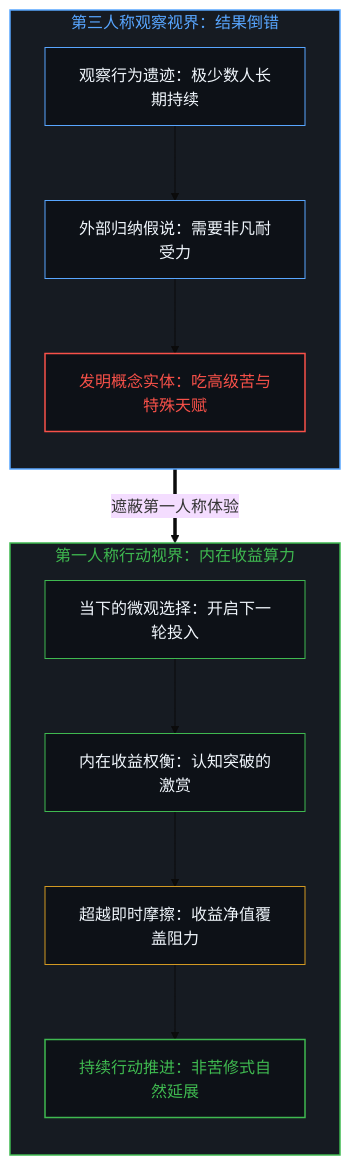
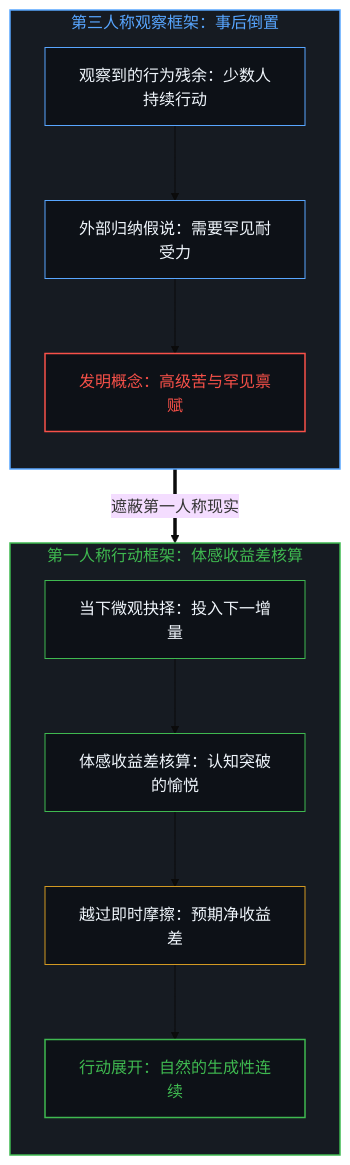
One commit to powerpig99/not-a-toe changed the first of 4 diagrams in content/posts/the-causal-overstep-of-observation-and-the-first-person-surplus.md. Above: the diagram before and after it, drawn with Mermaid (base theme). The commit also changed other lines of this file and 5 other files, not shown here.

````diff
--- a/content/posts/the-causal-overstep-of-observation-and-the-first-person-surplus.md
+++ b/content/posts/the-causal-overstep-of-observation-and-the-first-person-surplus.md
@@ -27,26 +27,24 @@
 ```mermaid
 graph TD
-    subgraph S_ThirdPerson ["第三人称观察视界：结果倒错"]
+    subgraph S_ThirdPerson ["第三人称观察框架：事后倒置"]
         direction TB
         style S_ThirdPerson fill:#161b22,stroke:#58a6ff,stroke-width:1.5px,color:#58a6ff
-        A1["观察行为遗迹：极少数人长期持续"] --> A2["外部归纳假说：需要非凡耐受力"]
-        A2 --> A3["发明概念实体：吃高级苦与特殊天赋"]
+        A1["观察到的行为残余：少数人持续行动"] --> A2["外部归纳假说：需要罕见耐受力"]
+        A2 --> A3["发明概念：高级苦与罕见禀赋"]
         style A1 fill:#0d1117,stroke:#58a6ff,stroke-width:1px,color:#f0f6fc
         style A2 fill:#0d1117,stroke:#58a6ff,stroke-width:1px,color:#f0f6fc
         style A3 fill:#0d1117,stroke:#f85149,stroke-width:1.5px,color:#f85149
     end
-
-    A3 ==>|"遮蔽第一人称体验"| B1
-
-    subgraph S_FirstPerson ["第一人称行动视界：内在收益算力"]
+    A3 ==>|"遮蔽第一人称现实"| B1
+    subgraph S_FirstPerson ["第一人称行动框架：体感收益差核算"]
         direction TB
         style S_FirstPerson fill:#161b22,stroke:#3fb950,stroke-width:1.5px,color:#3fb950
-        B1["当下的微观选择：开启下一轮投入"] --> B2["内在收益权衡：认知突破的激赏"]
-        B2 --> B3["超越即时摩擦：收益净值覆盖阻力"]
-        B3 --> B4["持续行动推进：非苦修式自然延展"]
+        B1["当下微观抉择：投入下一增量"] --> B2["体感收益差核算：认知突破的愉悦"]
+        B2 --> B3["越过即时摩擦：预期净收益差"]
+        B3 --> B4["行动展开：自然的生成性连续"]
         style B1 fill:#0d1117,stroke:#3fb950,stroke-width:1px,color:#f0f6fc
         style B2 fill:#0d1117,stroke:#3fb950,stroke-width:1px,color:#f0f6fc
         style B3 fill:#0d1117,stroke:#d29922,stroke-width:1px,color:#f0f6fc
         style B4 fill:#0d1117,stroke:#3fb950,stroke-width:1.5px,color:#3fb950
     end
 ```
````
